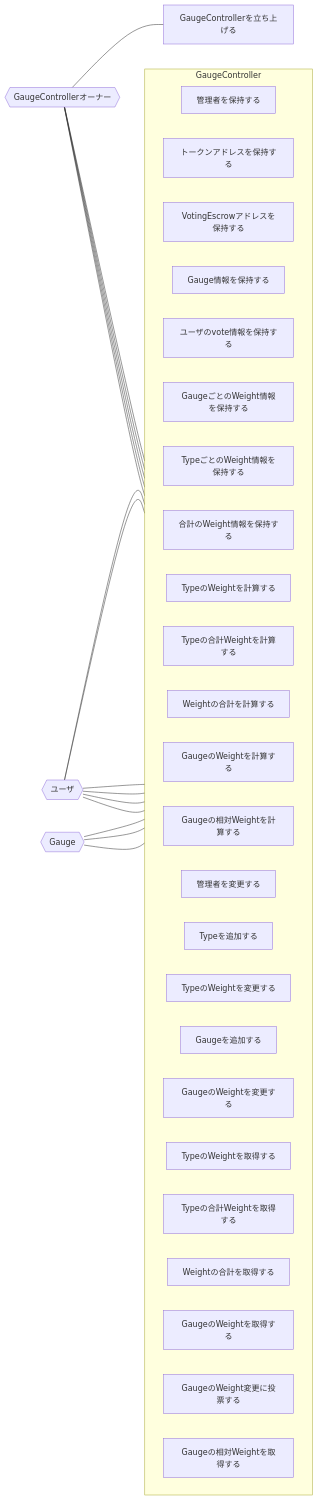
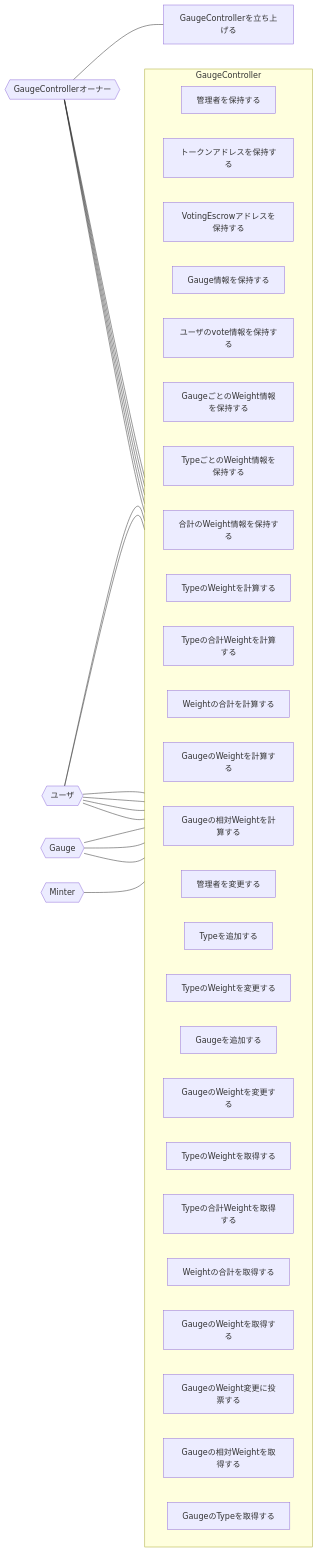
One commit to DeFiGeek-Community/yamawake changed the diagram in doc/ja/GaugeController/usecase.md. Above: the diagram before and after it, drawn with Mermaid. The commit also changed other lines of this file and 1 other file, not shown here.

Commit message:
Updated docs for GaugeController and tests for TemplateV1.5

```diff
--- a/doc/ja/GaugeController/usecase.md
+++ b/doc/ja/GaugeController/usecase.md
@@ -44,6 +46,7 @@
     user{{ユーザ}}
     owner{{GaugeControllerオーナー}}
     gauge_{{Gauge}}
+    minter{{Minter}}
 
     admin[管理者を保持する]
     token[トークンアドレスを保持する]
@@ -72,6 +75,7 @@
     get_gauge_weight[GaugeのWeightを取得する]
     vote_gauge_weight[GaugeのWeight変更に投票する]
     get_gauge_rel_weight[Gaugeの相対Weightを取得する]
+    get_gauge_type[GaugeのTypeを取得する]
 
     owner --- deploy
     owner --- change_admin
@@ -91,6 +95,8 @@
     gauge_ --- calc_gauge_weight
     gauge_ --- calc_weight_sum
 
+    minter --- get_gauge_type
+
     subgraph GaugeController
         direction LR
         admin
@@ -107,6 +113,7 @@
         calc_gauge_weight
         calc_gauge_rel_weight
 
+        get_gauge_type
         get_type_weight
         get_type_weight_sum
         get_weight_sum
```
